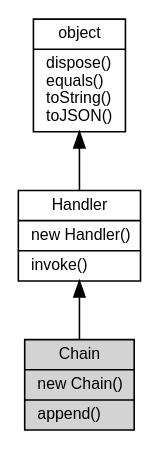
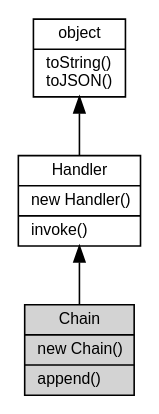
The diagram in docs/object/ifs/Chain.md (asionius/fibjs-ceph), drawn with Graphviz before and after one commit. The commit also changed other lines of this file and 138 other files, not shown here.

````diff
--- a/docs/object/ifs/Chain.md
+++ b/docs/object/ifs/Chain.md
@@ -13,12 +13,12 @@
 ```dot
 digraph {
     node [fontname="Helvetica,sans-Serif", fontsize=10, shape="record", style="filled", fillcolor="white"];
 
-    object [tooltip="object", URL="object.md", label="{object|dispose()\lequals()\ltoString()\ltoJSON()\l}"];
+    object [tooltip="object", URL="object.md", label="{object|toString()\ltoJSON()\l}"];
     Handler [tooltip="Handler", URL="Handler.md", label="{Handler|new Handler()\l|invoke()\l}"];
-    Chain [tooltip="Chain", fillcolor="lightgray", label="{Chain|new Chain()\l|append()\l}"];
+    Chain [tooltip="Chain", fillcolor="lightgray", id="me", label="{Chain|new Chain()\l|append()\l}"];
 
     object -> Handler [dir=back];
     Handler -> Chain [dir=back];
 }
 ```
````
